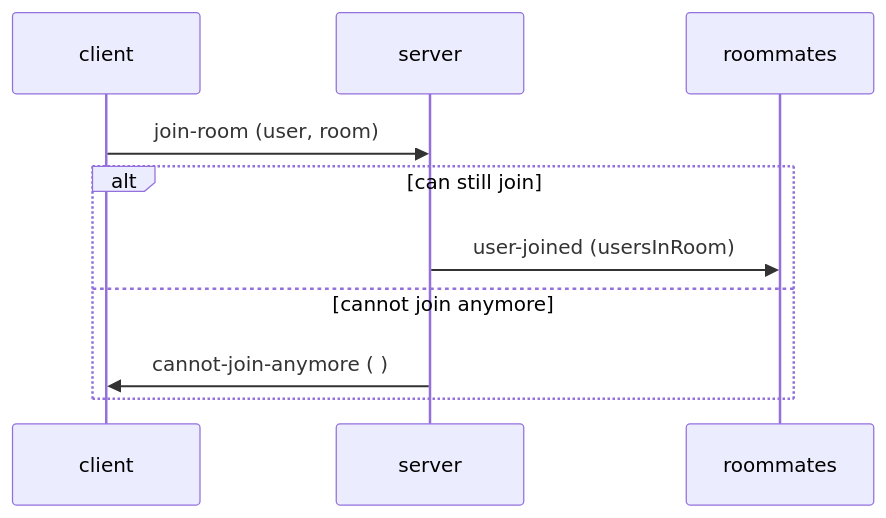
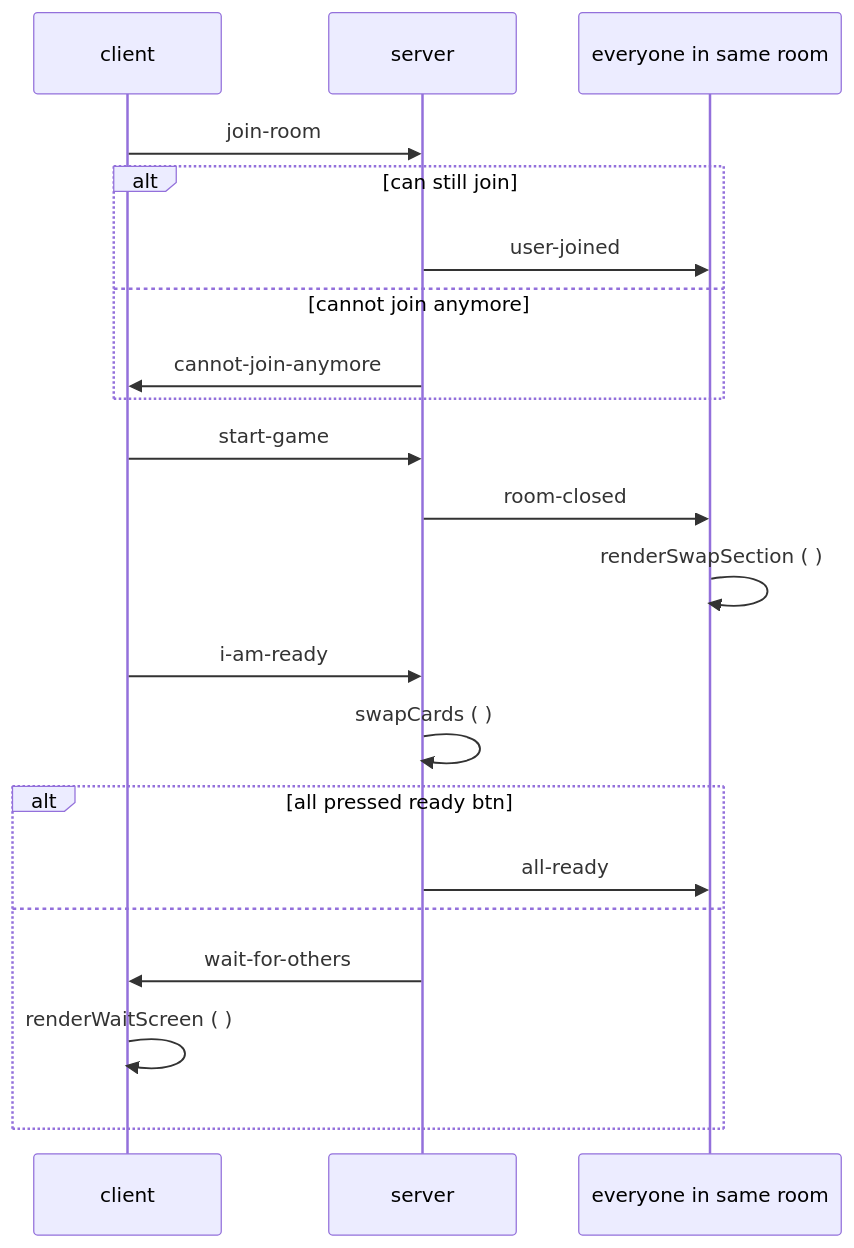
The diagram in websockets-workflow.md (jaads/A-nice-card-game), drawn with Mermaid before and after one commit. The commit also changed 9 other files, not shown here.

Commit message:
more in diagram and refactoring

````diff
--- a/websockets-workflow.md
+++ b/websockets-workflow.md
@@ -1,13 +1,24 @@
 ```mermaid
 sequenceDiagram
     participant c as client
     participant s as server
-    participant r as roommates
+    participant r as everyone in same room
 
-    c ->> s: join-room (user, room)
+    c ->> s: join-room
     alt can still join
-        s->>r: user-joined (usersInRoom)
+        s->>r: user-joined
     else cannot join anymore
-        s->>c: cannot-join-anymore ( )
+        s->>c: cannot-join-anymore
+    end
+    c ->> s: start-game
+    s ->> r: room-closed
+    r ->> r: renderSwapSection ( )
+    c ->> s: i-am-ready
+    s ->> s: swapCards ( )
+    alt all pressed ready btn
+        s ->> r: all-ready
+    else
+        s ->> c: wait-for-others
+        c ->> c: renderWaitScreen ( )
     end
 ```
````
